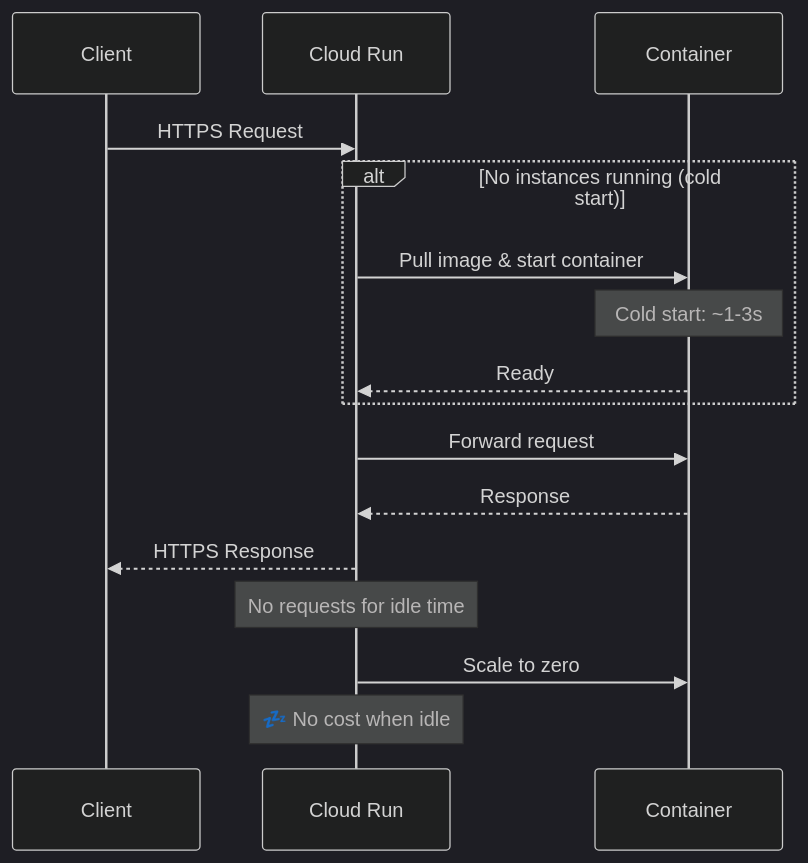
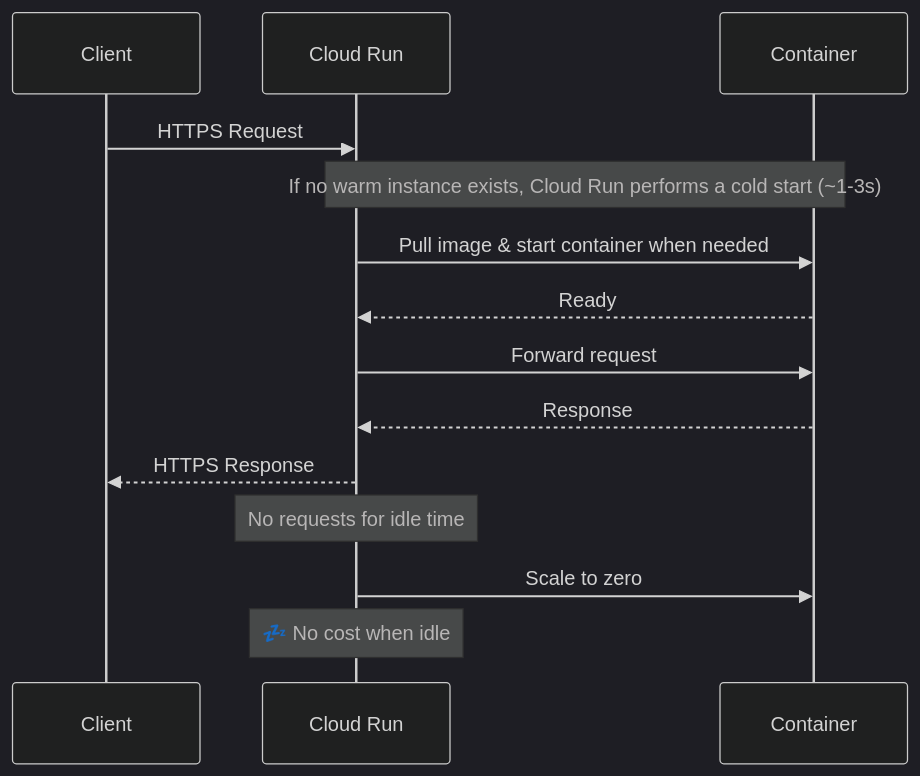
Before and after one commit to ShasidharReddy/GCP-Cloud-Engineer: the second of 3 diagrams in cloudrun.md, drawn with Mermaid (dark theme). The commit also changed 7 other files, not shown here.

Commit message:
fix: resolve Mermaid rendering errors and add official GCP documentation links (#9)

````diff
--- a/cloudrun.md
+++ b/cloudrun.md
@@ -30,22 +30,18 @@
 ```mermaid
 sequenceDiagram
     participant Client
     participant CR as Cloud Run
     participant C as Container
     
     Client->>CR: HTTPS Request
-    
-    alt No instances running (cold start)
-        CR->>C: Pull image & start container
-        Note over C: Cold start: ~1-3s
-        C-->>CR: Ready
-    end
-    
+    Note over CR,C: If no warm instance exists, Cloud Run performs a cold start (~1-3s)
+    CR->>C: Pull image & start container when needed
+    C-->>CR: Ready
     CR->>C: Forward request
     C-->>CR: Response
     CR-->>Client: HTTPS Response
     
     Note over CR: No requests for idle time
     CR->>C: Scale to zero
     Note over CR: 💤 No cost when idle
 ```
````
